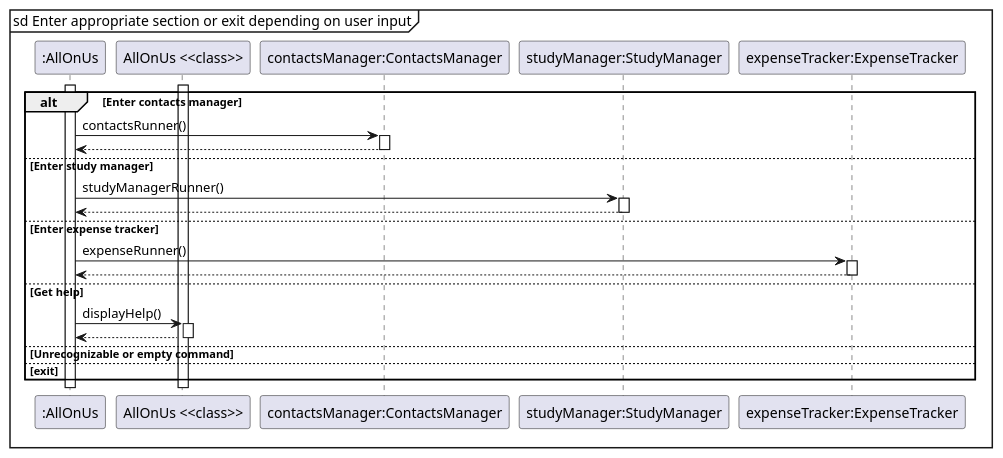
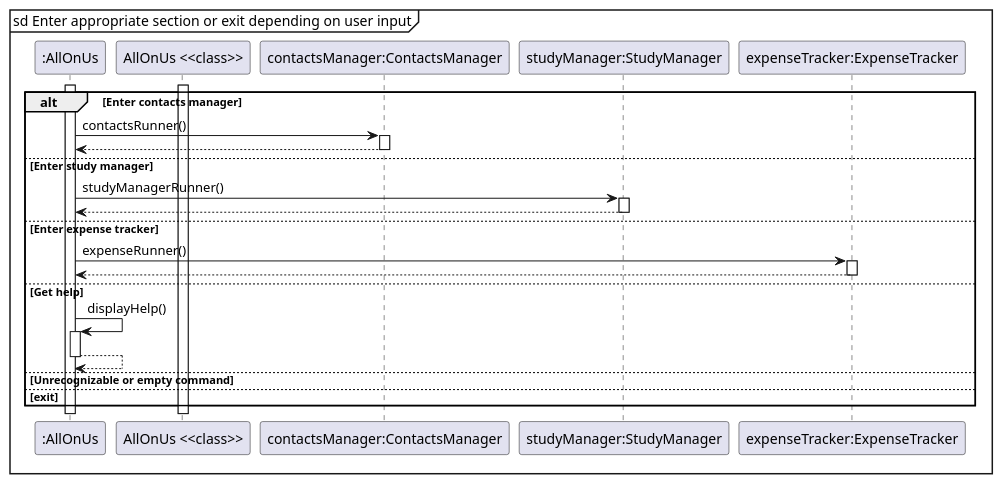
One commit to nus-cs2113-AY2122S2/tp changed the diagram in docs/diagrams/MenuFeaturesSequenceSubDiagram.puml. Above: the diagram before and after it, drawn with PlantUML. The commit also changed 11 other files, not shown here.

```diff
--- a/docs/diagrams/MenuFeaturesSequenceSubDiagram.puml
+++ b/docs/diagrams/MenuFeaturesSequenceSubDiagram.puml
@@ -1,26 +1,26 @@
 @startuml
 'https://plantuml.com/sequence-diagram
 
 skinparam guillemet false
 
 mainframe sd Enter appropriate section or exit depending on user input
 activate ":AllOnUs"
 activate "AllOnUs <<class>>"
 alt Enter contacts manager
     ":AllOnUs" -> "contactsManager:ContactsManager" ++: contactsRunner()
     "contactsManager:ContactsManager" --> ":AllOnUs" --
 else Enter study manager
     ":AllOnUs" -> "studyManager:StudyManager" ++: studyManagerRunner()
     "studyManager:StudyManager" --> ":AllOnUs" --
 else Enter expense tracker
     ":AllOnUs" -> "expenseTracker:ExpenseTracker" ++: expenseRunner()
     "expenseTracker:ExpenseTracker" --> ":AllOnUs" --
 else Get help
-    ":AllOnUs" -> "AllOnUs <<class>>"++: displayHelp()
-    "AllOnUs <<class>>" --> ":AllOnUs" --
+    ":AllOnUs" -> ":AllOnUs"++: displayHelp()
+    ":AllOnUs" --> ":AllOnUs" --
 else Unrecognizable or empty command
 
 else exit
 
 end
 @enduml
```
